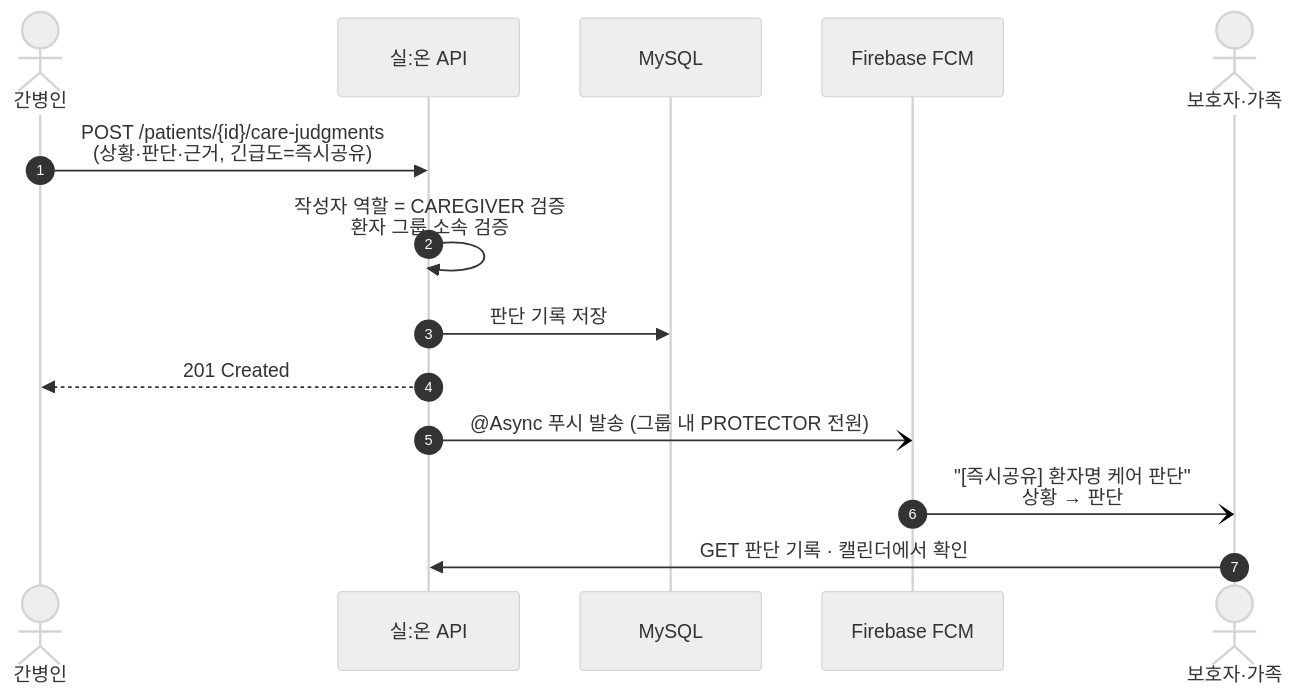
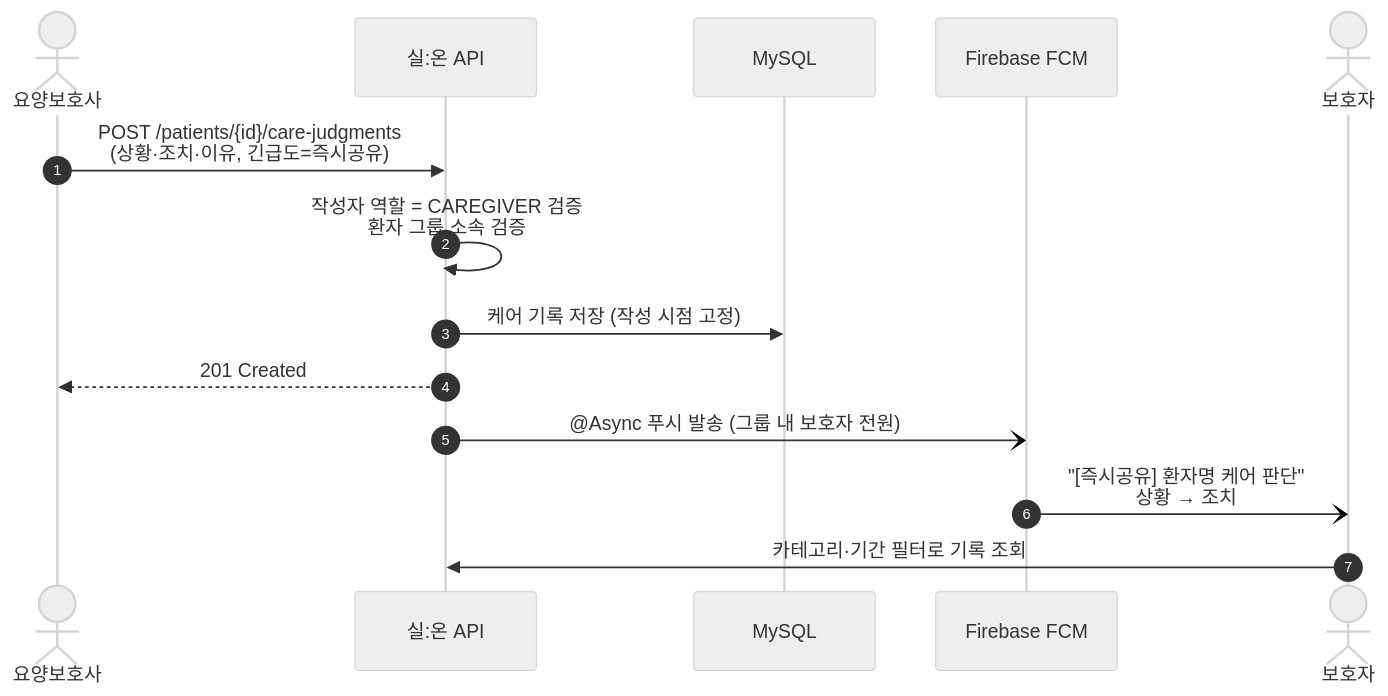
The fourth of 10 diagrams in README.md (kiddo-dong/Sil-On-BackEnd), drawn with Mermaid before and after one commit. The commit also changed other lines of this file and 13 other files, not shown here.

````diff
--- a/README.md
+++ b/README.md
@@ -211,18 +311,18 @@
 ```mermaid
 %%{init: {'theme':'neutral'}}%%
 sequenceDiagram
     autonumber
-    actor CG as 간병인
+    actor CG as 요양보호사
     participant API as 실:온 API
     participant DB as MySQL
     participant FCM as Firebase FCM
-    actor PR as 보호자·가족
+    actor PR as 보호자
 
-    CG->>API: POST /patients/{id}/care-judgments<br/>(상황·판단·근거, 긴급도=즉시공유)
+    CG->>API: POST /patients/{id}/care-judgments<br/>(상황·조치·이유, 긴급도=즉시공유)
     API->>API: 작성자 역할 = CAREGIVER 검증<br/>환자 그룹 소속 검증
-    API->>DB: 판단 기록 저장
+    API->>DB: 케어 기록 저장 (작성 시점 고정)
     API-->>CG: 201 Created
-    API-)FCM: @Async 푸시 발송 (그룹 내 PROTECTOR 전원)
-    FCM-)PR: "[즉시공유] 환자명 케어 판단"<br/>상황 → 판단
-    PR->>API: GET 판단 기록 · 캘린더에서 확인
+    API-)FCM: @Async 푸시 발송 (그룹 내 보호자 전원)
+    FCM-)PR: "[즉시공유] 환자명 케어 판단"<br/>상황 → 조치
+    PR->>API: 카테고리·기간 필터로 기록 조회
 ```
````
